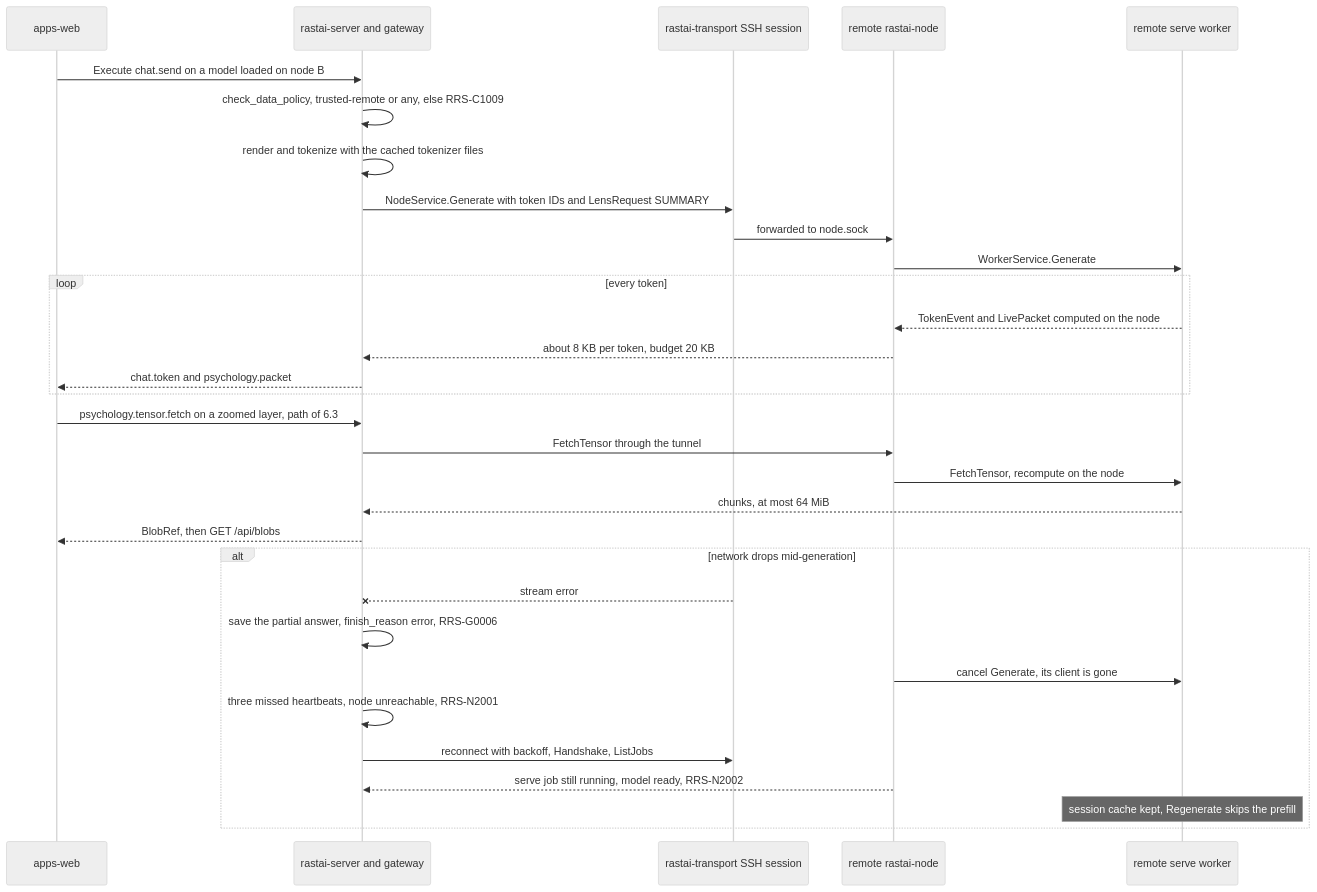
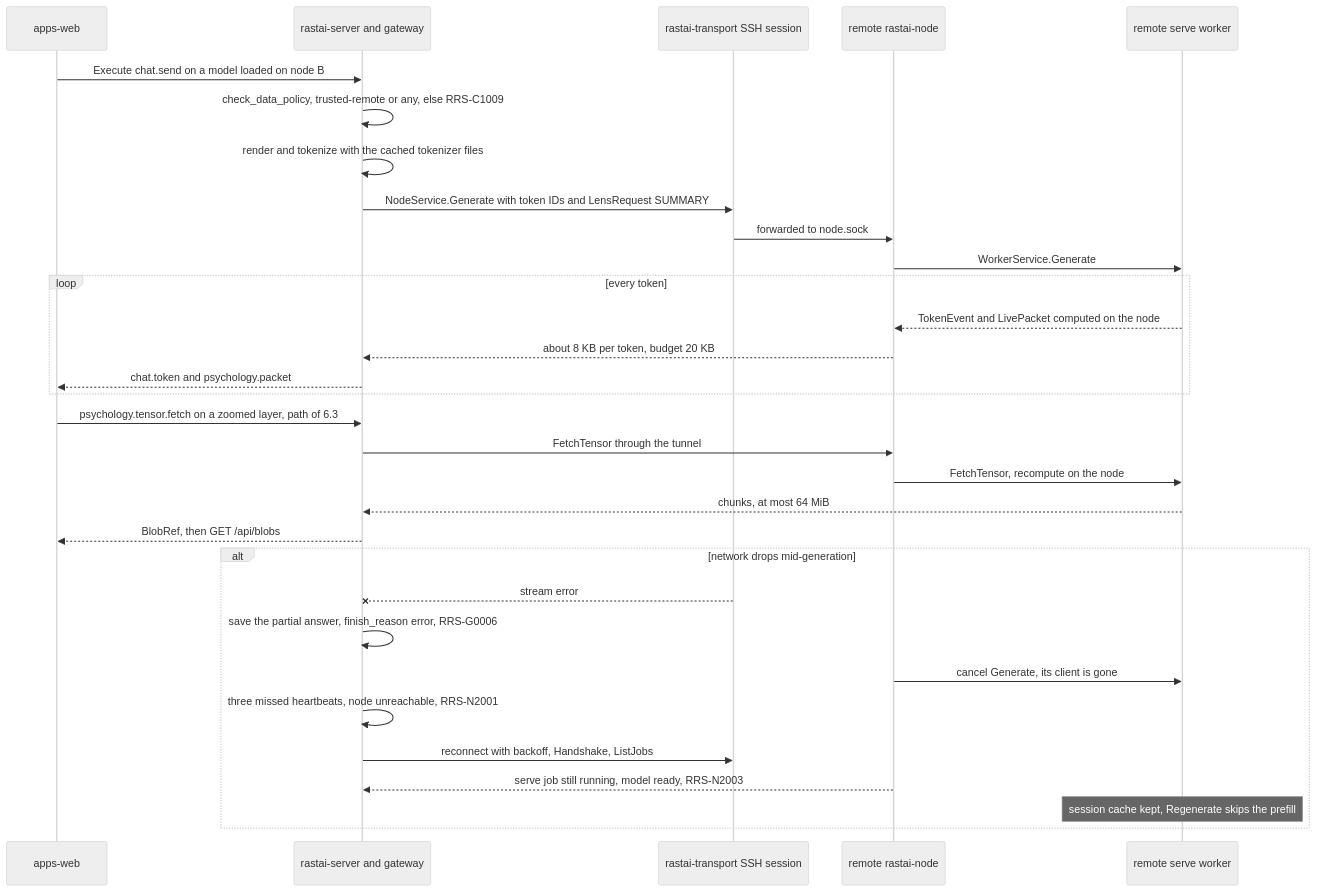
Before and after one commit to Snubiss/RASTAI-Research-Studio: diagram 28 of 31 in docs/architecture/flows/inference-psychology.md, drawn with Mermaid (neutral theme). The commit also changed other lines of this file and 44 other files, not shown here.

````diff
--- a/docs/architecture/flows/inference-psychology.md
+++ b/docs/architecture/flows/inference-psychology.md
@@ -1722,33 +1748,33 @@
 ```mermaid
 sequenceDiagram
   participant UI as apps-web
   participant SRV as rastai-server and gateway
   participant SSH as rastai-transport SSH session
   participant RN as remote rastai-node
   participant RW as remote serve worker
   UI->>SRV: Execute chat.send on a model loaded on node B
   SRV->>SRV: check_data_policy, trusted-remote or any, else RRS-C1009
   SRV->>SRV: render and tokenize with the cached tokenizer files
   SRV->>SSH: NodeService.Generate with token IDs and LensRequest SUMMARY
   SSH->>RN: forwarded to node.sock
   RN->>RW: WorkerService.Generate
   loop every token
     RW-->>RN: TokenEvent and LivePacket computed on the node
     RN-->>SRV: about 8 KB per token, budget 20 KB
     SRV-->>UI: chat.token and psychology.packet
   end
   UI->>SRV: psychology.tensor.fetch on a zoomed layer, path of 6.3
   SRV->>RN: FetchTensor through the tunnel
   RN->>RW: FetchTensor, recompute on the node
   RW-->>SRV: chunks, at most 64 MiB
   SRV-->>UI: BlobRef, then GET /api/blobs
   alt network drops mid-generation
     SSH--xSRV: stream error
     SRV->>SRV: save the partial answer, finish_reason error, RRS-G0006
     RN->>RW: cancel Generate, its client is gone
     SRV->>SRV: three missed heartbeats, node unreachable, RRS-N2001
     SRV->>SSH: reconnect with backoff, Handshake, ListJobs
-    RN-->>SRV: serve job still running, model ready, RRS-N2002
+    RN-->>SRV: serve job still running, model ready, RRS-N2003
     Note over RW: session cache kept, Regenerate skips the prefill
   end
 ```
````
